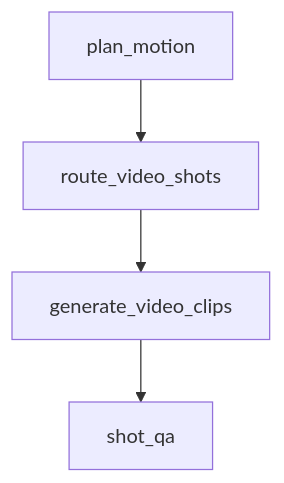
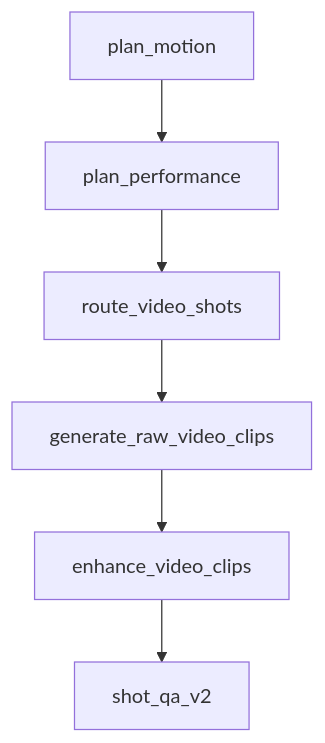
One commit to OliverPanda/AI-video-factory-pro changed the second of 3 diagrams in docs/runtime/resume-from-step.md. Above: the diagram before and after it, drawn with Mermaid. The commit also changed other lines of this file and 26 other files, not shown here.

````diff
--- a/docs/runtime/resume-from-step.md
+++ b/docs/runtime/resume-from-step.md
@@ -81,6 +81,8 @@
 ```mermaid
 flowchart TD
-    A[plan_motion] --> B[route_video_shots]
-    B --> C[generate_video_clips]
-    C --> D[shot_qa]
+    A[plan_motion] --> B[plan_performance]
+    B --> C[route_video_shots]
+    C --> D[generate_raw_video_clips]
+    D --> E[enhance_video_clips]
+    E --> F[shot_qa_v2]
 ```
````
